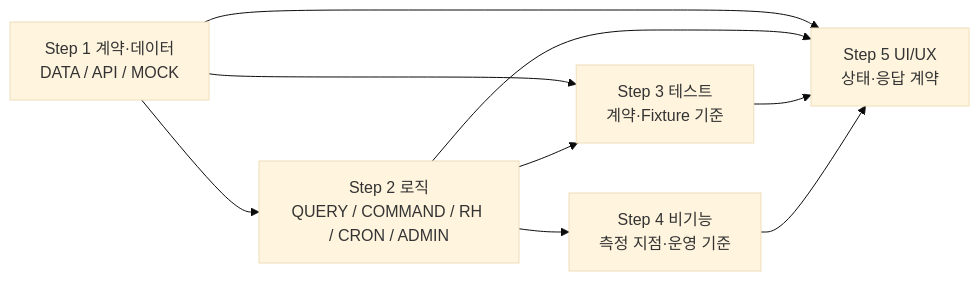
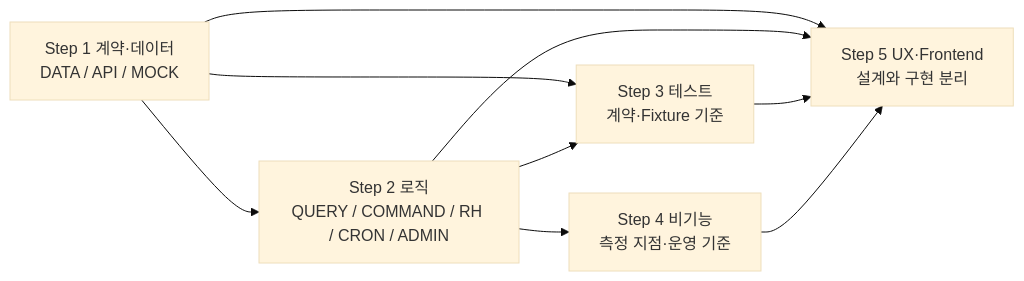
One commit to jennie-brain/CardFit-prd-to-srs changed the diagram in TASK/PLAN_GitHub_Project_TASK_풀버전_추출순서.md. Above: the diagram before and after it, drawn with Mermaid (base theme). The commit also changed other lines of this file and 33 other files, not shown here.

````diff
--- a/TASK/PLAN_GitHub_Project_TASK_풀버전_추출순서.md
+++ b/TASK/PLAN_GitHub_Project_TASK_풀버전_추출순서.md
@@ -39,11 +39,11 @@
 ```mermaid
 flowchart LR
     S1["Step 1 계약·데이터<br/>DATA / API / MOCK"] --> S2["Step 2 로직<br/>QUERY / COMMAND / RH / CRON / ADMIN"]
     S1 --> S3["Step 3 테스트<br/>계약·Fixture 기준"]
     S2 --> S3
     S2 --> S4["Step 4 비기능<br/>측정 지점·운영 기준"]
-    S1 --> S5["Step 5 UI/UX<br/>상태·응답 계약"]
+    S1 --> S5["Step 5 UX·Frontend<br/>설계와 구현 분리"]
     S2 --> S5
     S3 --> S5
     S4 --> S5
 ```
````
